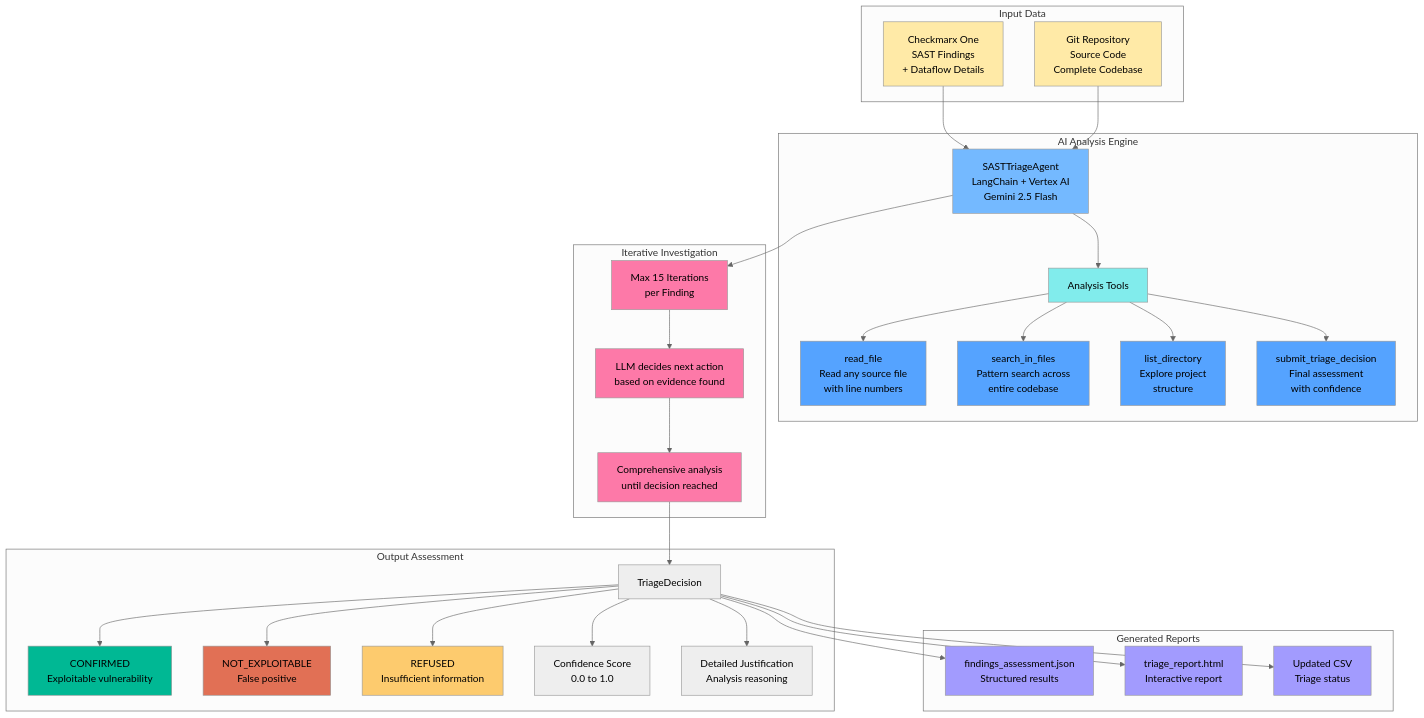
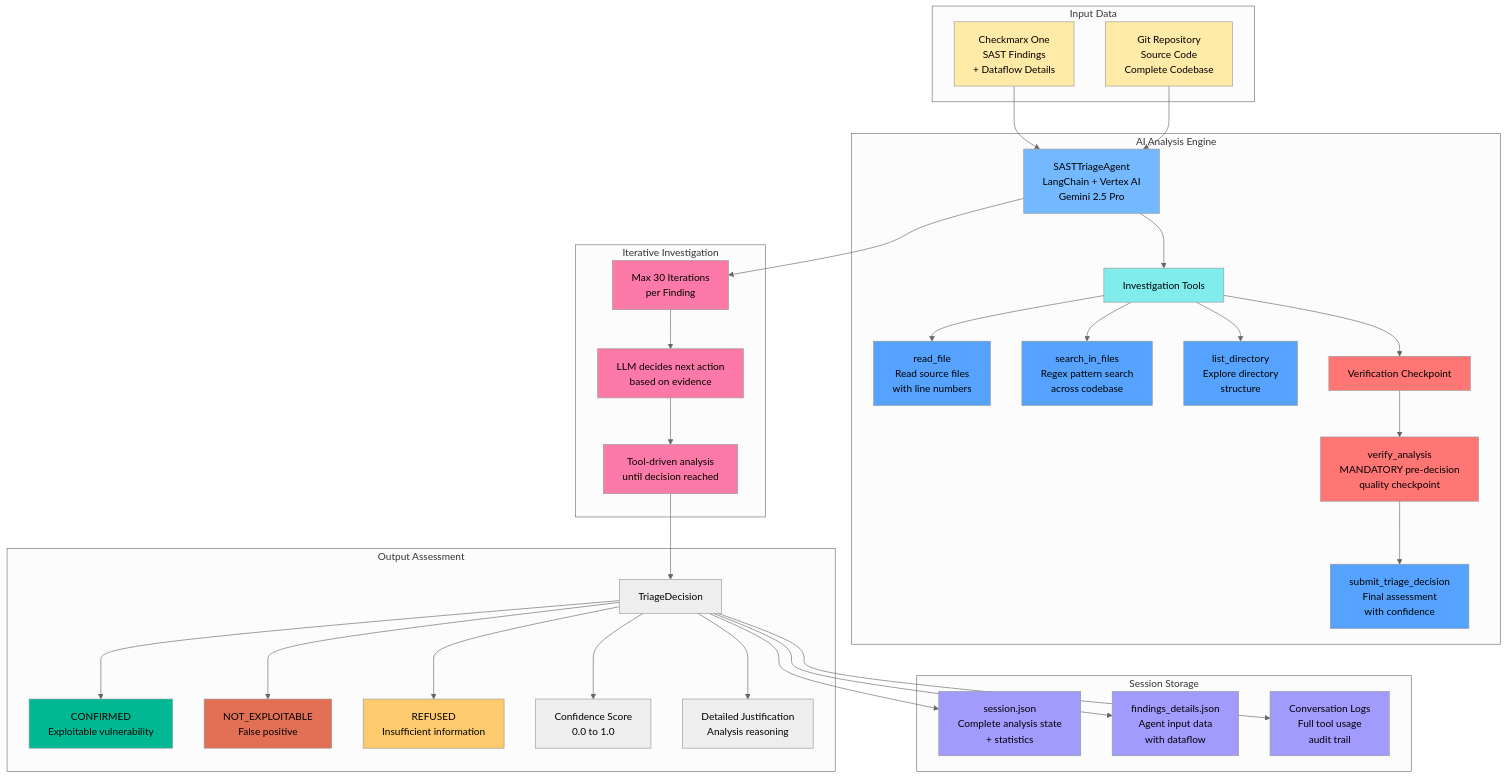
The diagram in SAST_Triage_Agent_Diagram.md (random-456/sast-triage-agent), drawn with Mermaid (neutral theme) before and after one commit. The commit also changed other lines of this file and 8 other files, not shown here.

Commit message:
Frontend function unification, agent diagram update

````diff
--- a/SAST_Triage_Agent_Diagram.md
+++ b/SAST_Triage_Agent_Diagram.md
@@ -9,75 +9,81 @@
 ```mermaid
 graph TB
     subgraph "Input Data"
         A[Checkmarx One<br/>SAST Findings<br/>+ Dataflow Details]
         B[Git Repository<br/>Source Code<br/>Complete Codebase]
     end
 
     subgraph "AI Analysis Engine"
-        C[SASTTriageAgent<br/>LangChain + Vertex AI<br/>Gemini 2.5 Flash]
-        D[Analysis Tools]
-        E[read_file<br/>Read any source file<br/>with line numbers]
-        F[search_in_files<br/>Pattern search across<br/>entire codebase]
-        G[list_directory<br/>Explore project<br/>structure]
-        H[submit_triage_decision<br/>Final assessment<br/>with confidence]
+        C[SASTTriageAgent<br/>LangChain + Vertex AI<br/>Gemini 2.5 Pro]
+        D[Investigation Tools]
+        E[read_file<br/>Read source files<br/>with line numbers]
+        F[search_in_files<br/>Regex pattern search<br/>across codebase]
+        G[list_directory<br/>Explore directory<br/>structure]
+        H[Verification Checkpoint]
+        I[verify_analysis<br/>MANDATORY pre-decision<br/>quality checkpoint]
+        J[submit_triage_decision<br/>Final assessment<br/>with confidence]
     end
 
     subgraph "Iterative Investigation"
-        I[Max 15 Iterations<br/>per Finding]
-        J[LLM decides next action<br/>based on evidence found]
-        K[Comprehensive analysis<br/>until decision reached]
+        K[Max 30 Iterations<br/>per Finding]
+        L[LLM decides next action<br/>based on evidence]
+        M[Tool-driven analysis<br/>until decision reached]
     end
 
     subgraph "Output Assessment"
-        L[TriageDecision]
-        M[CONFIRMED<br/>Exploitable vulnerability]
-        N[NOT_EXPLOITABLE<br/>False positive]
-        O[REFUSED<br/>Insufficient information]
-        P[Confidence Score<br/>0.0 to 1.0]
-        Q[Detailed Justification<br/>Analysis reasoning]
+        N[TriageDecision]
+        O[CONFIRMED<br/>Exploitable vulnerability]
+        P[NOT_EXPLOITABLE<br/>False positive]
+        Q[REFUSED<br/>Insufficient information]
+        R[Confidence Score<br/>0.0 to 1.0]
+        S[Detailed Justification<br/>Analysis reasoning]
     end
 
-    subgraph "Generated Reports"
-        R[findings_assessment.json<br/>Structured results]
-        S[triage_report.html<br/>Interactive report]
-        T[Updated CSV<br/>Triage status]
+    subgraph "Session Storage"
+        T[session.json<br/>Complete analysis state<br/>+ statistics]
+        U[findings_details.json<br/>Agent input data<br/>with dataflow]
+        V[Conversation Logs<br/>Full tool usage<br/>audit trail]
     end
 
     A --> C
     B --> C
     C --> D
     D --> E
     D --> F
     D --> G
     D --> H
-    C --> I
+    H --> I
     I --> J
-    J --> K
+    C --> K
     K --> L
     L --> M
-    L --> N
-    L --> O
-    L --> P
-    L --> Q
-    L --> R
-    L --> S
-    L --> T
+    M --> N
+    N --> O
+    N --> P
+    N --> Q
+    N --> R
+    N --> S
+    N --> T
+    N --> U
+    N --> V
 
     style A fill:#ffeaa7
     style B fill:#ffeaa7
     style C fill:#74b9ff
     style D fill:#81ecec
     style E fill:#55a3ff
     style F fill:#55a3ff
     style G fill:#55a3ff
-    style H fill:#55a3ff
-    style I fill:#fd79a8
-    style J fill:#fd79a8
+    style H fill:#ff7675
+    style I fill:#ff7675
+    style J fill:#55a3ff
     style K fill:#fd79a8
-    style M fill:#00b894
-    style N fill:#e17055
-    style O fill:#fdcb6e
-    style R fill:#a29bfe
-    style S fill:#a29bfe
+    style L fill:#fd79a8
+    style M fill:#fd79a8
+    style O fill:#00b894
+    style P fill:#e17055
+    style Q fill:#fdcb6e
     style T fill:#a29bfe
+    style U fill:#a29bfe
+    style V fill:#a29bfe
 ```
````
